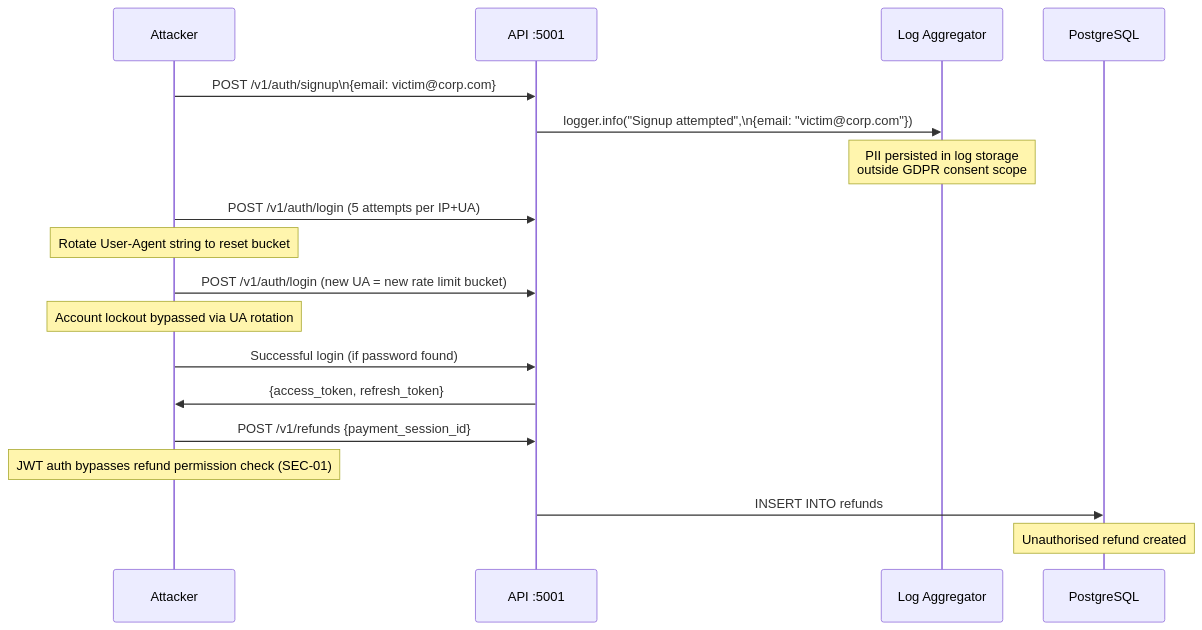
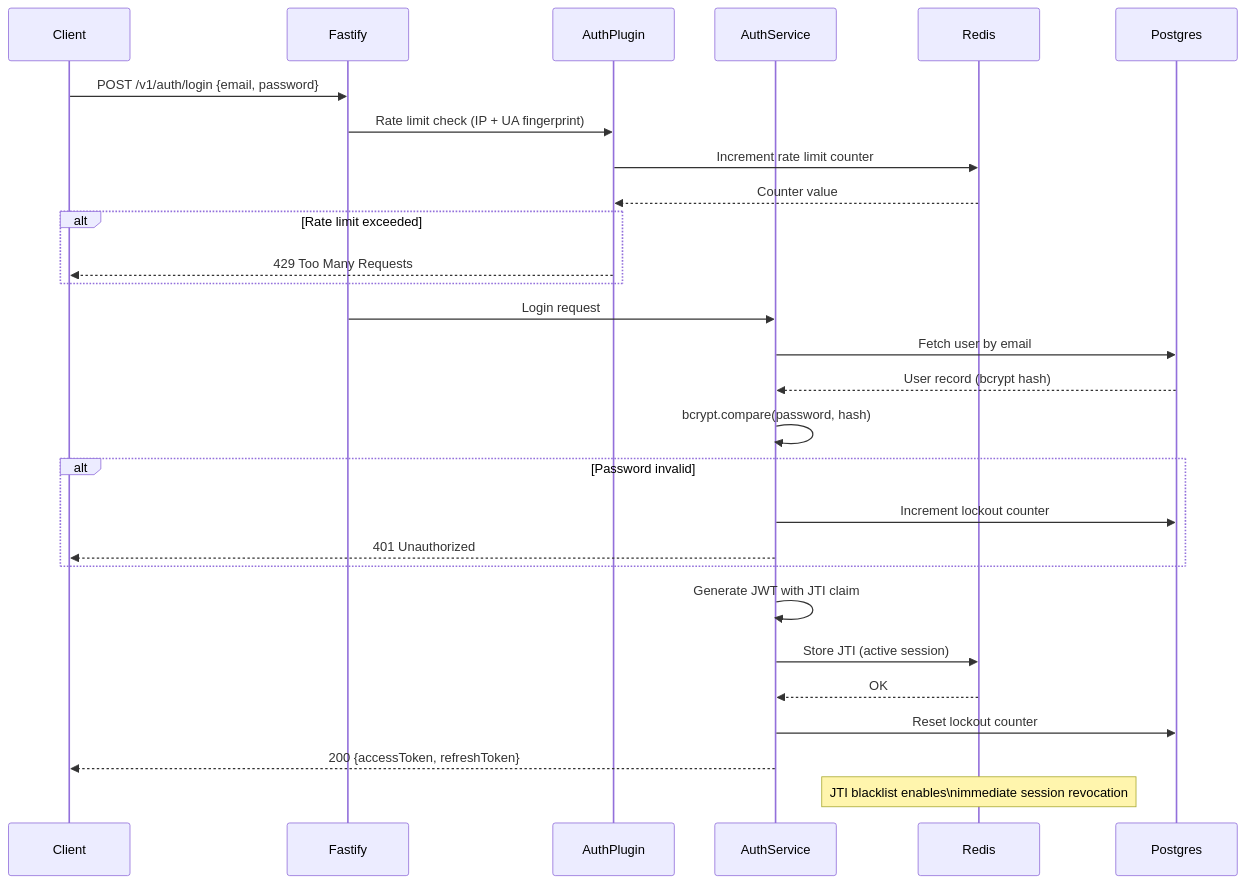
Before and after one commit to Tamoura/Claude-Code-creates-the-SW-company: diagram 11 of 27 in products/stablecoin-gateway/docs/AUDIT-REPORT.md, drawn with Mermaid. The commit also changed other lines of this file and 19 other files, not shown here.

````diff
--- a/products/stablecoin-gateway/docs/AUDIT-REPORT.md
+++ b/products/stablecoin-gateway/docs/AUDIT-REPORT.md
@@ -541,24 +570,32 @@
 ```mermaid
 sequenceDiagram
-    participant ATK as Attacker
-    participant API as API :5001
-    participant LOG as Log Aggregator
-    participant DB as PostgreSQL
+    participant Client
+    participant Fastify
+    participant AuthPlugin
+    participant AuthService
+    participant Redis
+    participant Postgres
 
-    ATK->>API: POST /v1/auth/signup\n{email: victim@corp.com}
-    API->>LOG: logger.info("Signup attempted",\n{email: "victim@corp.com"})
-    Note over LOG: PII persisted in log storage<br/>outside GDPR consent scope
+    Client->>Fastify: POST /v1/auth/login {email, password}
+    Fastify->>AuthPlugin: Rate limit check (IP + UA fingerprint)
+    AuthPlugin->>Redis: Increment rate limit counter
+    Redis-->>AuthPlugin: Counter value
+    alt Rate limit exceeded
+        AuthPlugin-->>Client: 429 Too Many Requests
+    end
+    Fastify->>AuthService: Login request
+    AuthService->>Postgres: Fetch user by email
+    Postgres-->>AuthService: User record (bcrypt hash)
+    AuthService->>AuthService: bcrypt.compare(password, hash)
+    alt Password invalid
+        AuthService->>Postgres: Increment lockout counter
+        AuthService-->>Client: 401 Unauthorized
+    end
+    AuthService->>AuthService: Generate JWT with JTI claim
+    AuthService->>Redis: Store JTI (active session)
+    Redis-->>AuthService: OK
+    AuthService->>Postgres: Reset lockout counter
+    AuthService-->>Client: 200 {accessToken, refreshToken}
 
-    ATK->>API: POST /v1/auth/login (5 attempts per IP+UA)
-    Note over ATK: Rotate User-Agent string to reset bucket
-    ATK->>API: POST /v1/auth/login (new UA = new rate limit bucket)
-    Note over ATK: Account lockout bypassed via UA rotation
-
-    ATK->>API: Successful login (if password found)
-    API->>ATK: {access_token, refresh_token}
-
-    ATK->>API: POST /v1/refunds {payment_session_id}
-    Note over ATK: JWT auth bypasses refund permission check (SEC-01)
-    API->>DB: INSERT INTO refunds
-    Note over DB: Unauthorised refund created
+    Note over Redis: JTI blacklist enables\nimmediate session revocation
 ```
````
